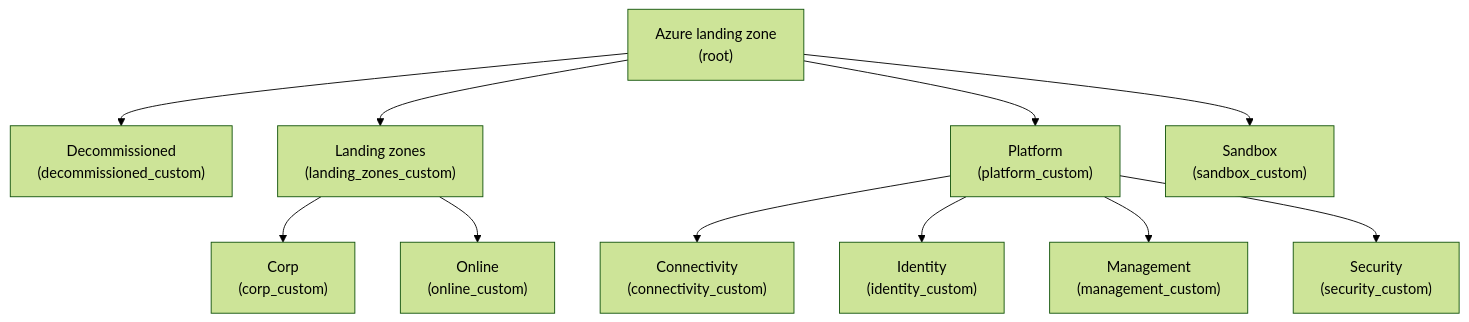
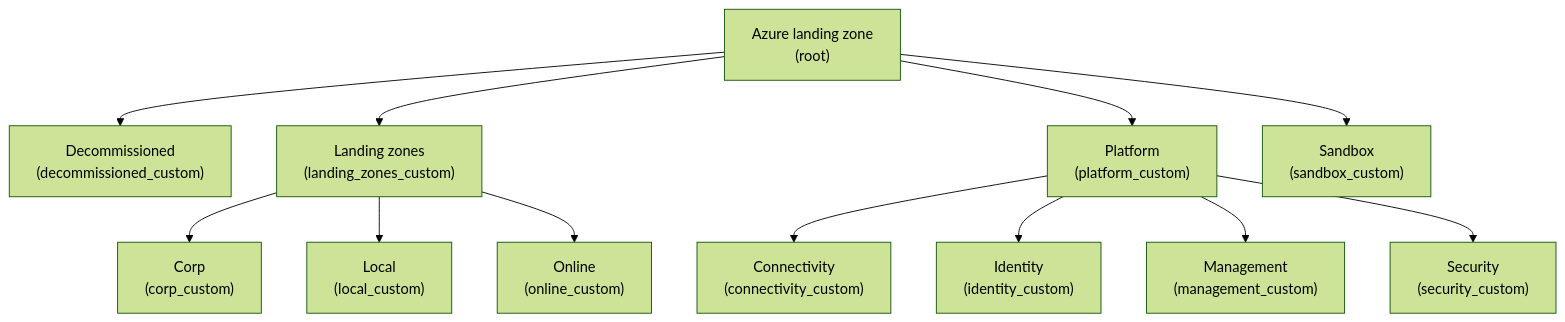
Before and after one commit to azurecitadel/azurecitadel: the diagram in content/alz/examples/alz_override.md, drawn with Mermaid (forest theme). The commit also changed other lines of this file and 10 other files, not shown here.

```diff
--- a/content/alz/examples/alz_override.md
+++ b/content/alz/examples/alz_override.md
@@ -33,36 +33,39 @@
 {{< mermaid >}}
 flowchart TD
   alz["Azure landing zone
 (root)"]
   alz --> decommissioned
   decommissioned["Decommissioned
 (decommissioned_custom)"]
   alz --> landingzones
   landingzones["Landing zones
 (landing_zones_custom)"]
   landingzones --> corp
   corp["Corp
 (corp_custom)"]
+  landingzones --> local
+  local["Local
+(local_custom)"]
   landingzones --> online
   online["Online
 (online_custom)"]
   alz --> platform
   platform["Platform
 (platform_custom)"]
   platform --> connectivity
   connectivity["Connectivity
 (connectivity_custom)"]
   platform --> identity
   identity["Identity
 (identity_custom)"]
   platform --> management
   management["Management
 (management_custom)"]
   platform --> security
   security["Security
 (security_custom)"]
   alz --> sandbox
   sandbox["Sandbox
 (sandbox_custom)"]
 
 {{< /mermaid >}}
```
